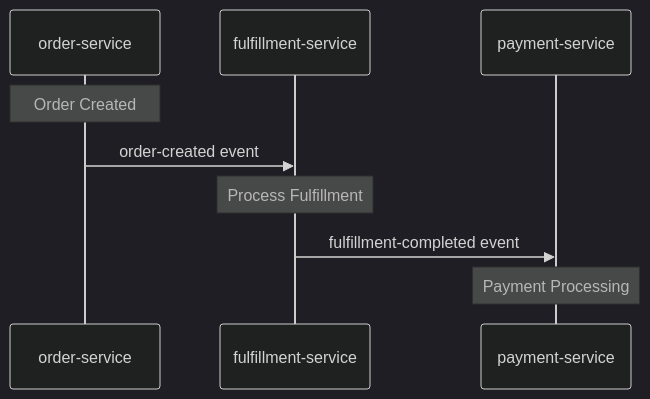
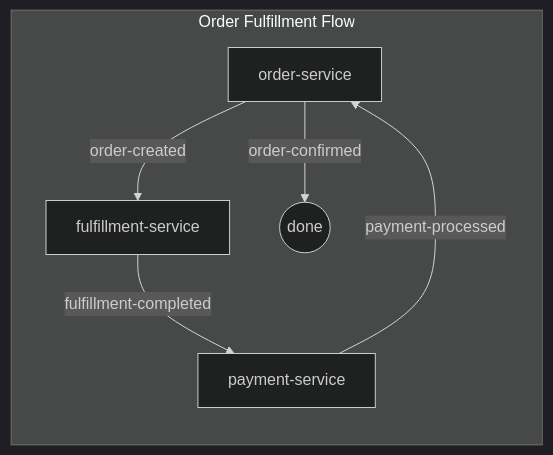
The diagram in .github/agents/spas.compose.agent.md (filozofira/spas), drawn with Mermaid (dark theme) before and after one commit. The commit also changed other lines of this file and 15 other files, not shown here.

````diff
--- a/.github/agents/spas.compose.agent.md
+++ b/.github/agents/spas.compose.agent.md
@@ -467,12 +472,9 @@
 ```mermaid
-sequenceDiagram
-    participant OrderService as order-service
-    participant FulfillmentService as fulfillment-service
-    participant PaymentService as payment-service
-
-    Note over OrderService: Order Created
-    OrderService->>FulfillmentService: order-created event
-    Note over FulfillmentService: Process Fulfillment
-    FulfillmentService->>PaymentService: fulfillment-completed event
-    Note over PaymentService: Payment Processing
+flowchart LR
+    subgraph Order Fulfillment Flow
+        OS[order-service] -->|order-created| FS[fulfillment-service]
+        FS -->|fulfillment-completed| PS[payment-service]
+        PS -->|payment-processed| OS
+        OS -->|order-confirmed| END((done))
+    end
 ```
````
